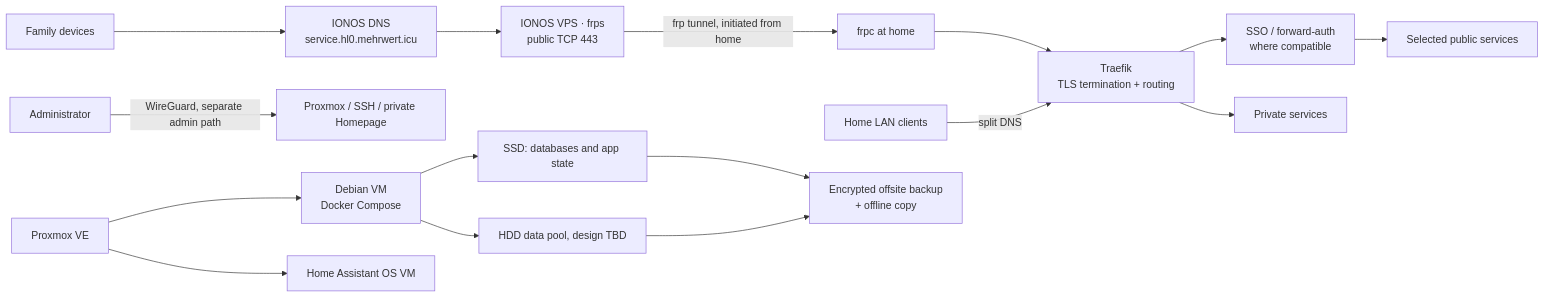
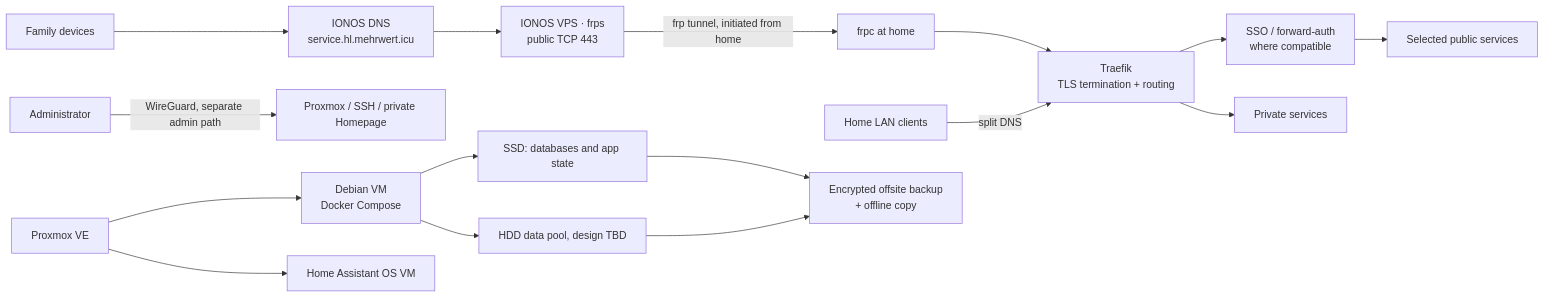
The first of 2 diagrams in README.md (gkspart01-lgtm/homelab), drawn with Mermaid before and after one commit. The commit also changed other lines of this file and 10 other files, not shown here.

First line of the commit message:
domain: hl.mehrwert.icu statt hl0.mehrwert.icu (echte Domain laut frps-Token)

````diff
--- a/README.md
+++ b/README.md
@@ -17,19 +17,19 @@
 ```mermaid
 graph LR
-  F[Family devices] --> DNS[IONOS DNS<br/>service.hl0.mehrwert.icu]
+  F[Family devices] --> DNS[IONOS DNS<br/>service.hl.mehrwert.icu]
   DNS --> VPS[IONOS VPS · frps<br/>public TCP 443]
   VPS -->|frp tunnel, initiated from home| FRPC[frpc at home]
   FRPC --> RP[Traefik<br/>TLS termination + routing]
   RP --> AUTH[SSO / forward-auth<br/>where compatible]
   AUTH --> PUB[Selected public services]
 
   LAN[Home LAN clients] -->|split DNS| RP
   ADMIN[Administrator] -->|WireGuard, separate admin path| MGMT[Proxmox / SSH / private Homepage]
   RP --> PRIV[Private services]
   PVE[Proxmox VE] --> DOCKER[Debian VM<br/>Docker Compose]
   PVE --> HA[Home Assistant OS VM]
   DOCKER --> DATA[SSD: databases and app state]
   DOCKER --> BULK[HDD data pool, design TBD]
   DATA --> BACKUP[Encrypted offsite backup<br/>+ offline copy]
   BULK --> BACKUP
 ```
````
